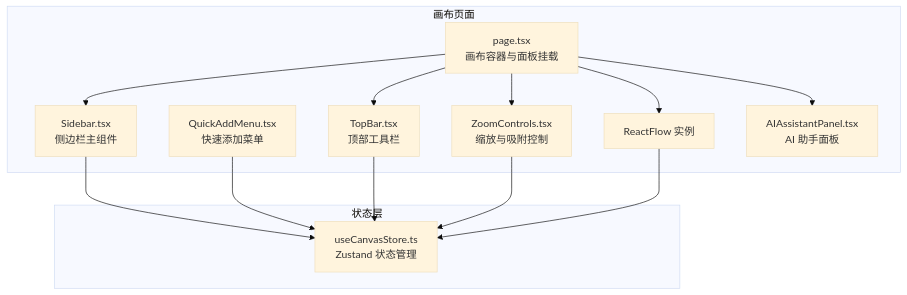
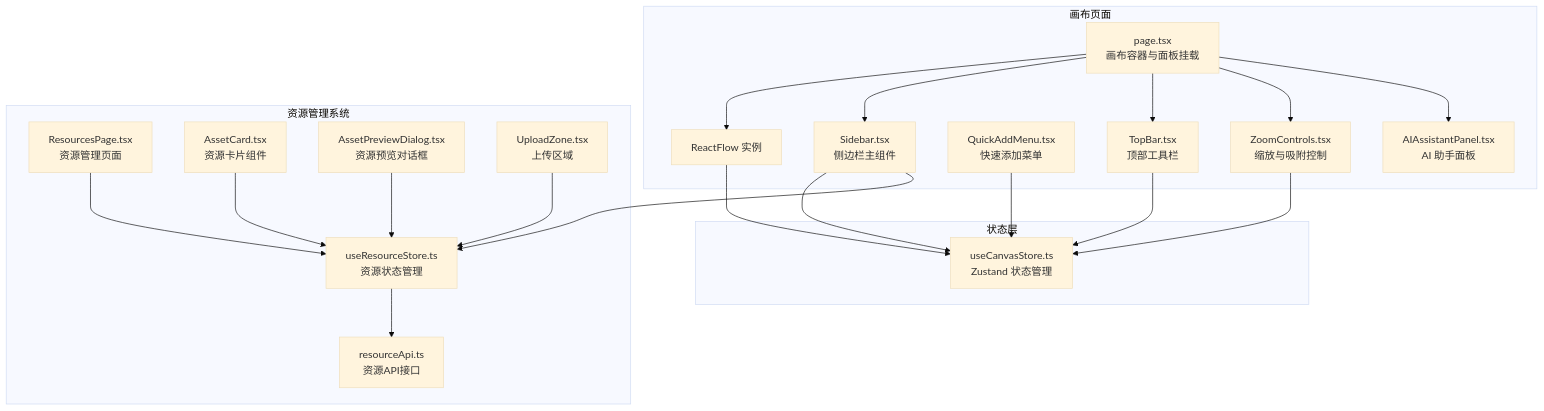
Before and after one commit to KunLabAI/KunFlix: the first of 5 diagrams in .qoder/repowiki/zh/content/前端应用架构/UI组件库/画布组件系统/侧边栏系统.md, drawn with Mermaid (base theme). The commit also changed other lines of this file and 20 other files, not shown here.

````diff
--- a/.qoder/repowiki/zh/content/前端应用架构/UI组件库/画布组件系统/侧边栏系统.md
+++ b/.qoder/repowiki/zh/content/前端应用架构/UI组件库/画布组件系统/侧边栏系统.md
@@ -39,25 +47,39 @@
 ```mermaid
 graph TB
 subgraph "画布页面"
 Page["page.tsx<br/>画布容器与面板挂载"]
 ReactFlow["ReactFlow 实例"]
 Sidebar["Sidebar.tsx<br/>侧边栏主组件"]
 QuickAdd["QuickAddMenu.tsx<br/>快速添加菜单"]
 TopBar["TopBar.tsx<br/>顶部工具栏"]
 Zoom["ZoomControls.tsx<br/>缩放与吸附控制"]
 AI["AIAssistantPanel.tsx<br/>AI 助手面板"]
 end
+subgraph "资源管理系统"
+ResourcesPage["ResourcesPage.tsx<br/>资源管理页面"]
+AssetCard["AssetCard.tsx<br/>资源卡片组件"]
+AssetPreview["AssetPreviewDialog.tsx<br/>资源预览对话框"]
+UploadZone["UploadZone.tsx<br/>上传区域"]
+ResourceStore["useResourceStore.ts<br/>资源状态管理"]
+ResourceApi["resourceApi.ts<br/>资源API接口"]
+end
 subgraph "状态层"
 Store["useCanvasStore.ts<br/>Zustand 状态管理"]
 end
 Page --> ReactFlow
 Page --> Sidebar
 Page --> TopBar
 Page --> Zoom
 Page --> AI
 Sidebar --> Store
+Sidebar --> ResourceStore
 QuickAdd --> Store
 TopBar --> Store
 Zoom --> Store
 ReactFlow --> Store
+ResourcesPage --> ResourceStore
+ResourceStore --> ResourceApi
+AssetCard --> ResourceStore
+AssetPreview --> ResourceStore
+UploadZone --> ResourceStore
 ```
````
